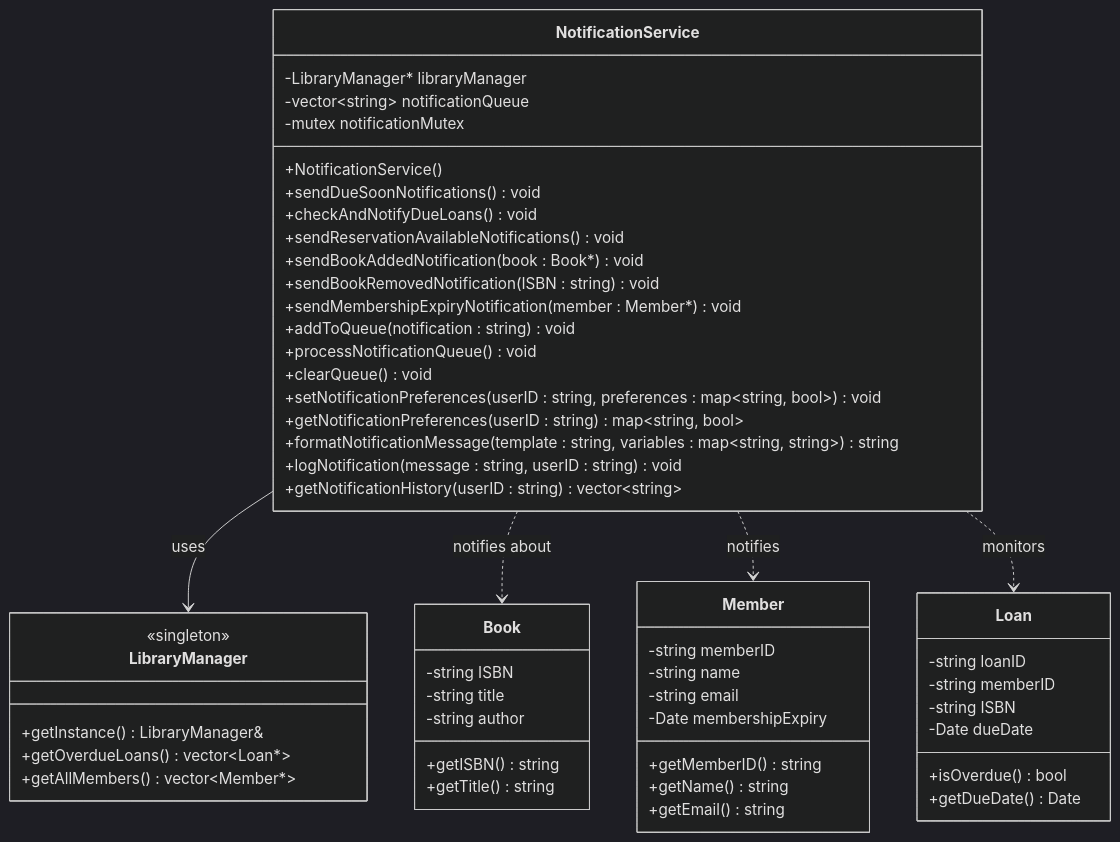
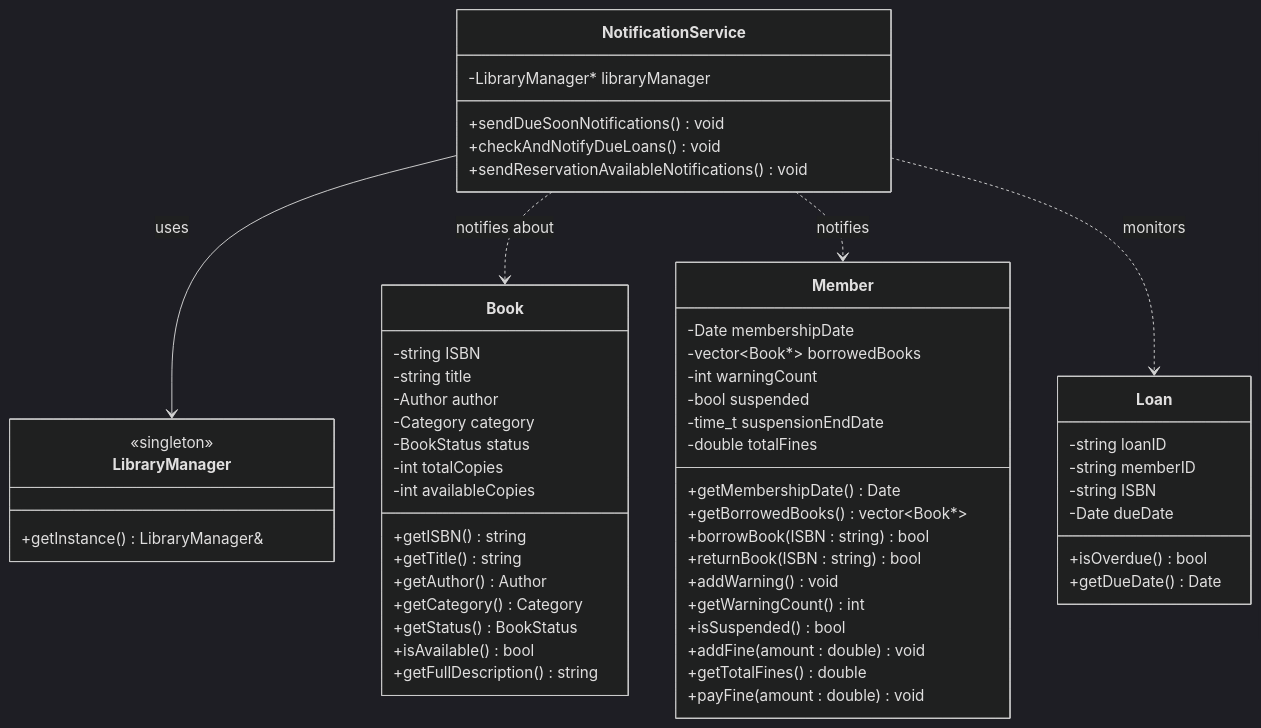
Before and after one commit to DankDaPancake/LibraryManagementSystem: the ninth of 28 diagrams in docs/report.md, drawn with Mermaid (dark theme). The commit also changed other lines of this file, not shown here.

````diff
--- a/docs/report.md
+++ b/docs/report.md
@@ -1074,63 +963,65 @@
 ```mermaid
 classDiagram
     class NotificationService {
         -LibraryManager* libraryManager
-        -vector~string~ notificationQueue
-        -mutex notificationMutex
-        +NotificationService()
         +sendDueSoonNotifications() void
         +checkAndNotifyDueLoans() void
         +sendReservationAvailableNotifications() void
-        +sendBookAddedNotification(book : Book*) void
-        +sendBookRemovedNotification(ISBN : string) void
-        +sendMembershipExpiryNotification(member : Member*) void
-        +addToQueue(notification : string) void
-        +processNotificationQueue() void
-        +clearQueue() void
-        +setNotificationPreferences(userID : string, preferences : map~string, bool~) void
-        +getNotificationPreferences(userID : string) map~string, bool~
-        +formatNotificationMessage(template : string, variables : map~string, string~) string
-        +logNotification(message : string, userID : string) void
-        +getNotificationHistory(userID : string) vector~string~
     }
     
     class LibraryManager {
         <<singleton>>
         +getInstance() LibraryManager&
-        +getOverdueLoans() vector~Loan*~
-        +getAllMembers() vector~Member*~
     }
     
     class Book {
         -string ISBN
         -string title
-        -string author
+        -Author author
+        -Category category
+        -BookStatus status
+        -int totalCopies
+        -int availableCopies
         +getISBN() string
         +getTitle() string
+        +getAuthor() Author
+        +getCategory() Category
+        +getStatus() BookStatus
+        +isAvailable() bool
+        +getFullDescription() string
     }
     
     class Member {
-        -string memberID
-        -string name
-        -string email
-        -Date membershipExpiry
-        +getMemberID() string
-        +getName() string
-        +getEmail() string
+        -Date membershipDate
+        -vector~Book*~ borrowedBooks
+        -int warningCount
+        -bool suspended
+        -time_t suspensionEndDate
+        -double totalFines
+        +getMembershipDate() Date
+        +getBorrowedBooks() vector~Book*~
+        +borrowBook(ISBN : string) bool
+        +returnBook(ISBN : string) bool
+        +addWarning() void
+        +getWarningCount() int
+        +isSuspended() bool
+        +addFine(amount : double) void
+        +getTotalFines() double
+        +payFine(amount : double) void
     }
     
     class Loan {
         -string loanID
         -string memberID
         -string ISBN
         -Date dueDate
         +isOverdue() bool
         +getDueDate() Date
     }
     
     %% Relationships
     NotificationService --> LibraryManager : uses
     NotificationService ..> Book : notifies about
     NotificationService ..> Member : notifies
     NotificationService ..> Loan : monitors
 ```
````
